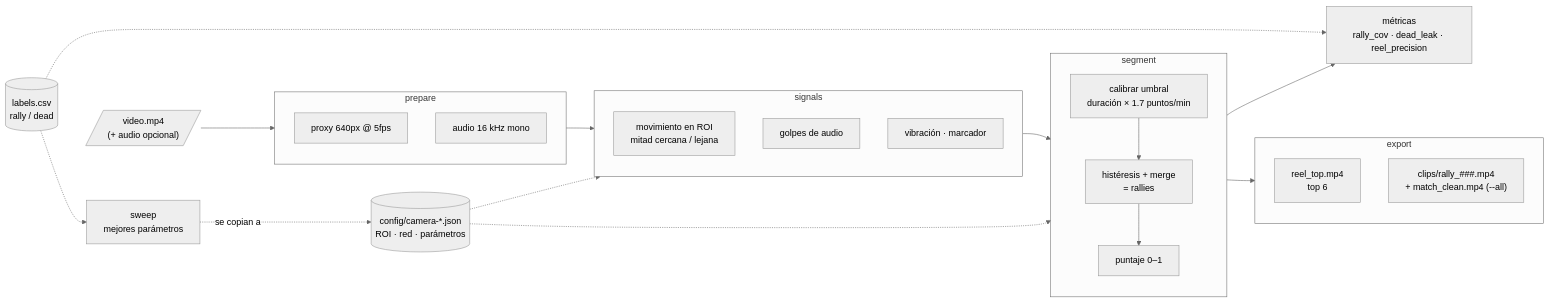
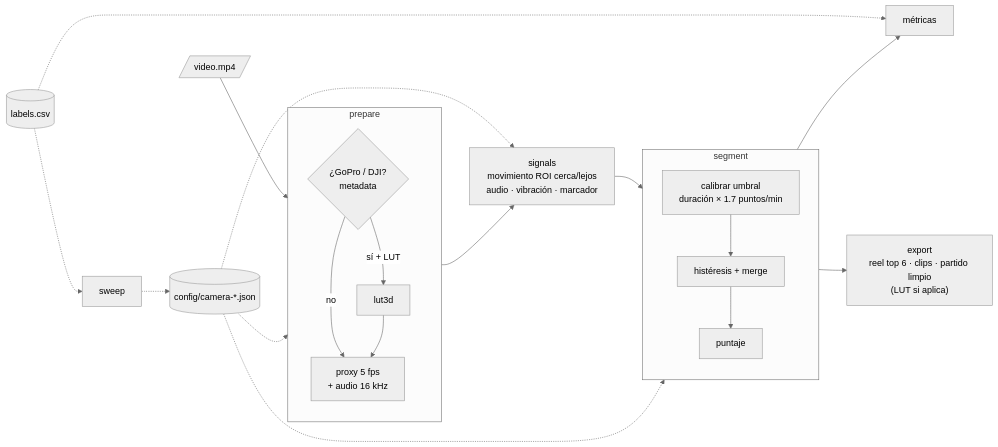
The diagram in README.md (EfrainLayCastillo/RallycutPa), drawn with Mermaid (neutral theme) before and after one commit. The commit also changed other lines of this file and 10 other files, not shown here.

````diff
--- a/README.md
+++ b/README.md
@@ -56,38 +32,24 @@
 ```mermaid
 flowchart LR
-    V[/"video.mp4<br/>(+ audio opcional)"/] --> P
+    V[/"video.mp4"/] --> P
 
     subgraph P[prepare]
-        P1["proxy 640px @ 5fps"]
-        P2["audio 16 kHz mono"]
+        P0{"¿GoPro / DJI?<br/>metadata"} -->|"sí + LUT"| P1["lut3d"]
+        P0 -->|no| P2
+        P1 --> P2["proxy 5 fps<br/>+ audio 16 kHz"]
     end
 
-    P --> S
-
-    subgraph S[signals]
-        S1["movimiento en ROI<br/>mitad cercana / lejana"]
-        S2["golpes de audio"]
-        S3["vibración · marcador"]
-    end
-
+    P --> S["signals<br/>movimiento ROI cerca/lejos<br/>audio · vibración · marcador"]
     S --> G
 
     subgraph G[segment]
-        G1["calibrar umbral<br/>duración × 1.7 puntos/min"] --> G2["histéresis + merge<br/>= rallies"]
-        G2 --> G3["puntaje 0–1"]
+        G1["calibrar umbral<br/>duración × 1.7 puntos/min"] --> G2["histéresis + merge"] --> G3["puntaje"]
     end
 
-    C[("config/camera-*.json<br/>ROI · red · parámetros")] -.-> S
-    C -.-> G
-    L[("labels.csv<br/>rally / dead")] -.-> M["métricas<br/>rally_cov · dead_leak · reel_precision"]
+    G --> E["export<br/>reel top 6 · clips · partido limpio<br/>(LUT si aplica)"]
+
+    C[("config/camera-*.json")] -.-> P & S & G
+    L[("labels.csv")] -.-> M["métricas"] & SW["sweep"]
     G --> M
-    L -.-> SW["sweep<br/>mejores parámetros"]
-    SW -.->|"se copian a"| C
-
-    G --> E
-
-    subgraph E[export]
-        E1["reel_top.mp4<br/>top 6"]
-        E2["clips/rally_###.mp4<br/>+ match_clean.mp4 (--all)"]
-    end
+    SW -.-> C
 ```
````
